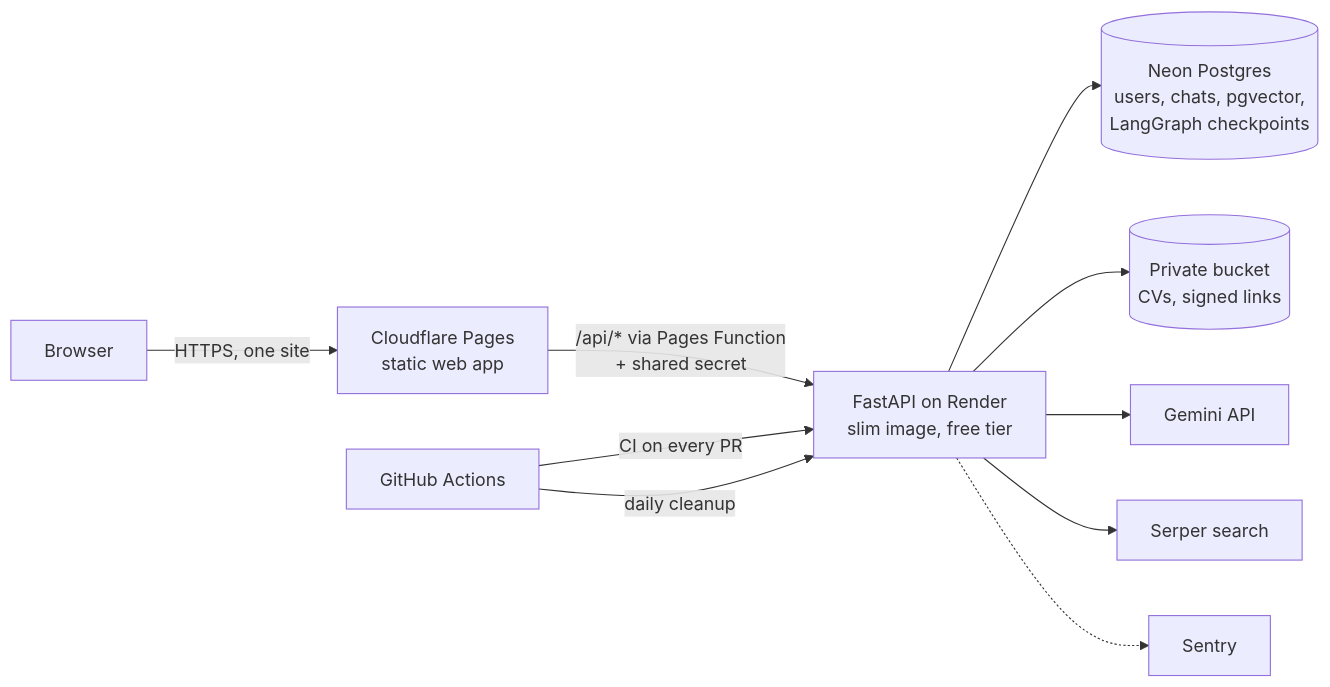
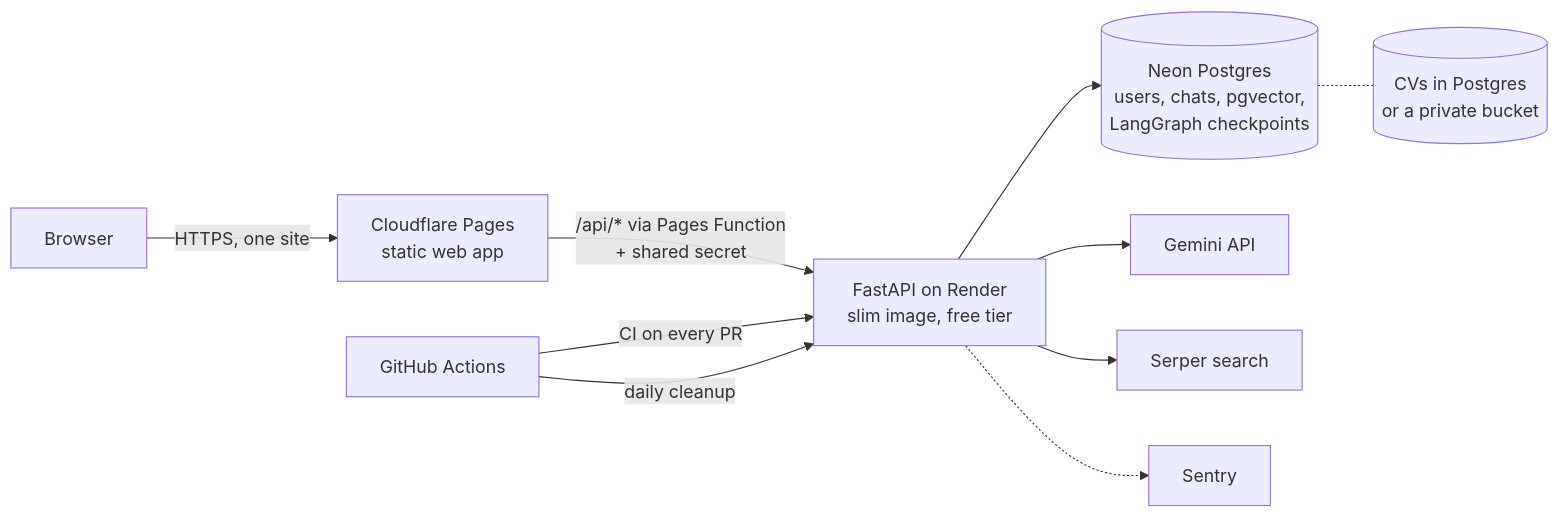
Before and after one commit to Sauciiees/AgenticAI-JobFinder: the second of 2 diagrams in README.md, drawn with Mermaid. The commit also changed other lines of this file and 8 other files, not shown here.

````diff
--- a/README.md
+++ b/README.md
@@ -44,12 +44,12 @@
 ```mermaid
 flowchart LR
     Browser -->|HTTPS, one site| Pages[Cloudflare Pages<br/>static web app]
     Pages -->|/api/* via Pages Function<br/>+ shared secret| API[FastAPI on Render<br/>slim image, free tier]
     API --> PG[(Neon Postgres<br/>users, chats, pgvector,<br/>LangGraph checkpoints)]
-    API --> R2[(Private bucket<br/>CVs, signed links)]
+    PG -.- CV[(CVs in Postgres<br/>or a private bucket)]
     API --> Gemini[Gemini API]
     API --> Serper[Serper search]
     GH[GitHub Actions] -->|CI on every PR| API
     GH -->|daily cleanup| API
     API -.-> Sentry
 ```
````
